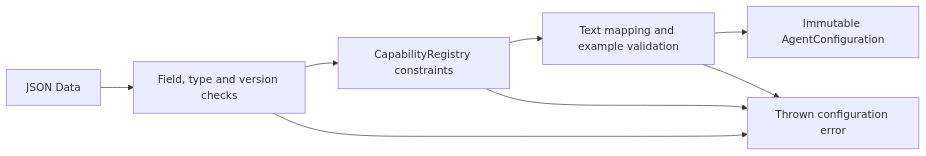
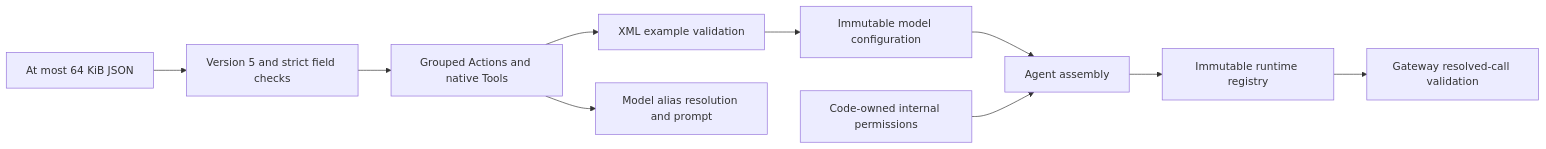
One commit to devilyouwei/MobileHarness changed the diagram in MobileHarness/AgentCore/Capability/README.md. Above: the diagram before and after it, drawn with Mermaid. The commit also changed other lines of this file and 97 other files, not shown here.

First line of the commit message:
feat: persist conversation history and simplify agent configuration

````diff
--- a/MobileHarness/AgentCore/Capability/README.md
+++ b/MobileHarness/AgentCore/Capability/README.md
@@ -29,10 +15,12 @@
 ```mermaid
 flowchart LR
-    Data[JSON Data] --> Schema[Field, type and version checks]
-    Schema --> Registry[CapabilityRegistry constraints]
-    Registry --> Mapping[Text mapping and example validation]
-    Mapping --> Snapshot[Immutable AgentConfiguration]
-    Schema --> Error[Thrown configuration error]
-    Registry --> Error
-    Mapping --> Error
+    Data[At most 64 KiB JSON] --> Schema[Version 5 and strict field checks]
+    Schema --> Catalog[Grouped Actions and native Tools]
+    Catalog --> Examples[XML example validation]
+    Examples --> Config[Immutable model configuration]
+    Config --> Agent[Agent assembly]
+    Internal[Code-owned internal permissions] --> Agent
+    Agent --> Registry[Immutable runtime registry]
+    Catalog --> Resolve[Model alias resolution and prompt]
+    Registry --> Permits[Gateway resolved-call validation]
 ```
````
